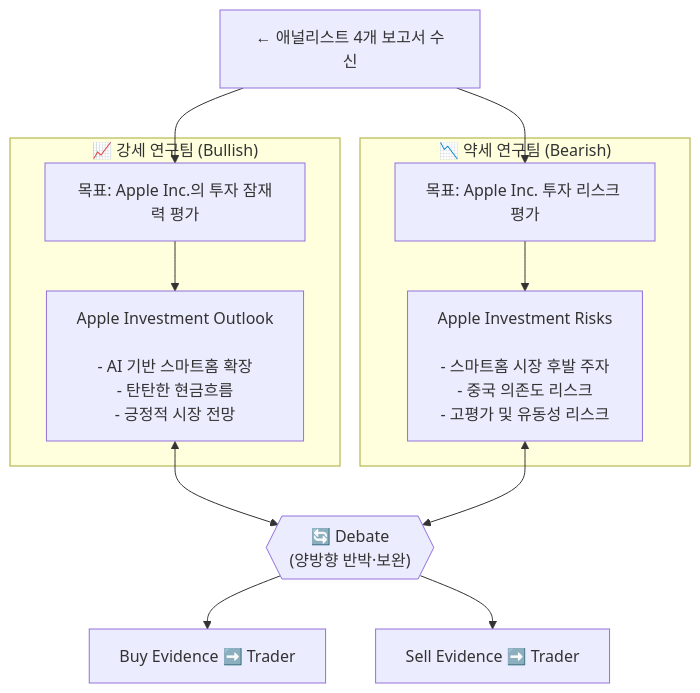
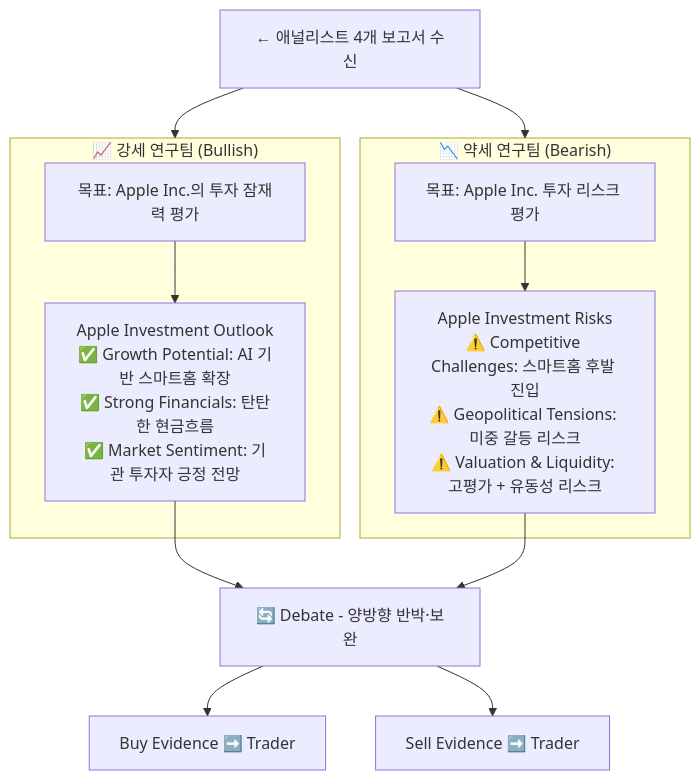
The fourth of 12 diagrams in _posts/2026-04-03-tradingagents:-llm-다중-에이전트-금융-트레이딩-프레임워크-완전-해설.md (k82022603/k82022603.github.io), drawn with Mermaid before and after one commit. The commit also changed other lines of this file, not shown here.

Commit message:
auto: sync wiki to blog [2026-04-03 07:28:24]

````diff
--- a/_posts/2026-04-03-tradingagents:-llm-다중-에이전트-금융-트레이딩-프레임워크-완전-해설.md
+++ b/_posts/2026-04-03-tradingagents:-llm-다중-에이전트-금융-트레이딩-프레임워크-완전-해설.md
@@ -215,32 +217,24 @@
 ```mermaid
 flowchart TB
-    %% 노드 정의
     INPUT["← 애널리스트 4개 보고서 수신"]
-    DEBATE{{"🔄 Debate\n(양방향 반박·보완)"}}
-    OUT_B["Buy Evidence ➡️ Trader"]
-    OUT_S["Sell Evidence ➡️ Trader"]
 
-    %% 강세팀 구성
-    subgraph BULL ["📈 강세 연구팀 (Bullish)"]
+    subgraph BULL["📈 강세 연구팀 (Bullish)"]
         BG["목표: Apple Inc.의 투자 잠재력 평가"]
-        BR["Apple Investment Outlook\n\n- AI 기반 스마트홈 확장\n- 탄탄한 현금흐름\n- 긍정적 시장 전망"]
+        BR["Apple Investment Outlook\n✅ Growth Potential: AI 기반 스마트홈 확장\n✅ Strong Financials: 탄탄한 현금흐름\n✅ Market Sentiment: 기관 투자자 긍정 전망"]
         BG --> BR
     end
 
-    %% 약세팀 구성
-    subgraph BEAR ["📉 약세 연구팀 (Bearish)"]
+    subgraph BEAR["📉 약세 연구팀 (Bearish)"]
         BEG["목표: Apple Inc. 투자 리스크 평가"]
-        BER["Apple Investment Risks\n\n- 스마트홈 시장 후발 주자\n- 중국 의존도 리스크\n- 고평가 및 유동성 리스크"]
+        BER["Apple Investment Risks\n⚠️ Competitive Challenges: 스마트홈 후발 진입\n⚠️ Geopolitical Tensions: 미중 갈등 리스크\n⚠️ Valuation & Liquidity: 고평가 + 유동성 리스크"]
         BEG --> BER
     end
 
-    %% 연결 (가장 안전한 개별 연결 방식)
-    INPUT --> BG
-    INPUT --> BEG
-    
-    BR <--> DEBATE
-    BER <--> DEBATE
+    DEBATE["🔄 Debate - 양방향 반박·보완"]
 
-    DEBATE --> OUT_B
-    DEBATE --> OUT_S
+    INPUT --> BULL & BEAR
+    BR --> DEBATE
+    BER --> DEBATE
+    DEBATE --> OUT_B["Buy Evidence ➡️ Trader"]
+    DEBATE --> OUT_S["Sell Evidence ➡️ Trader"]
 ```
````
